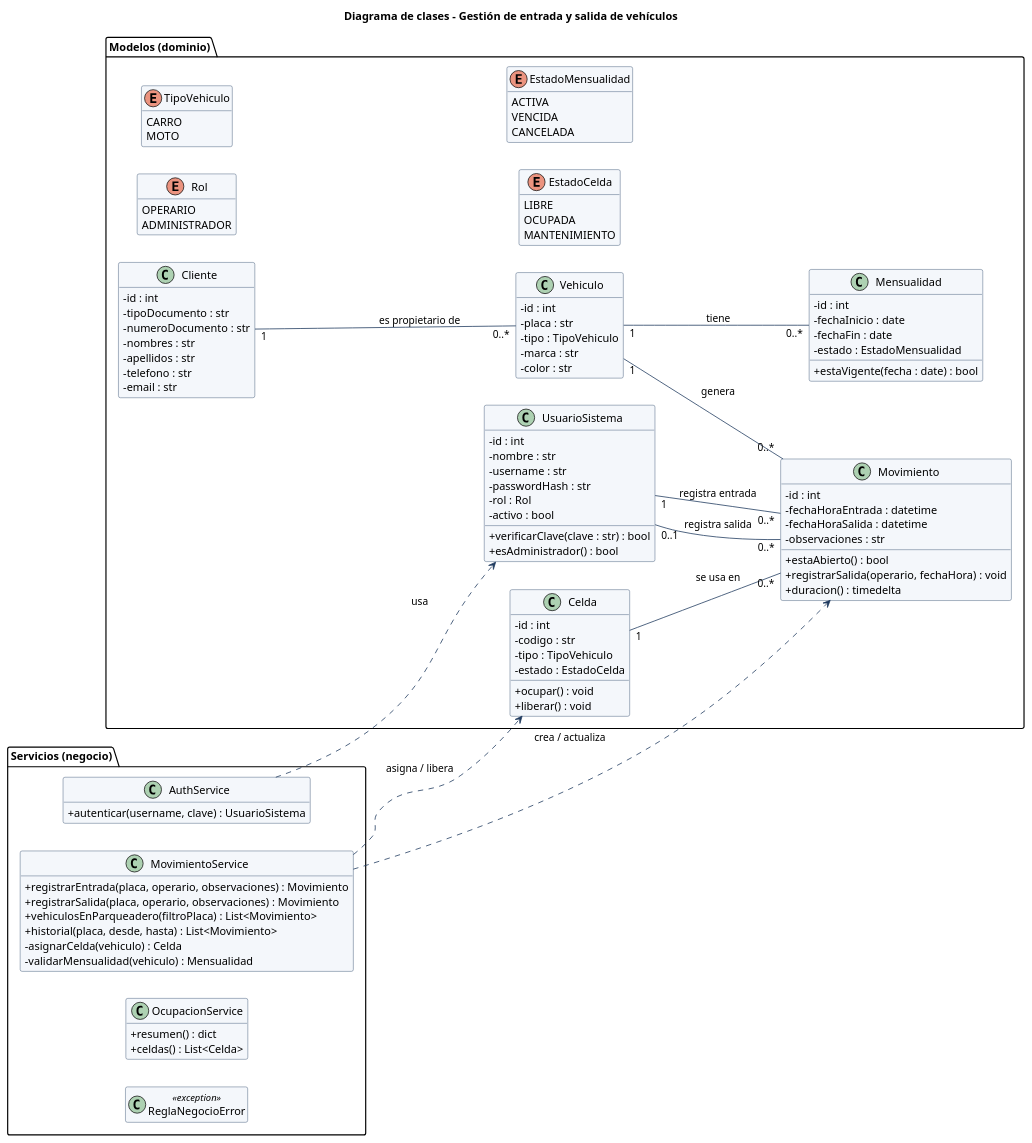
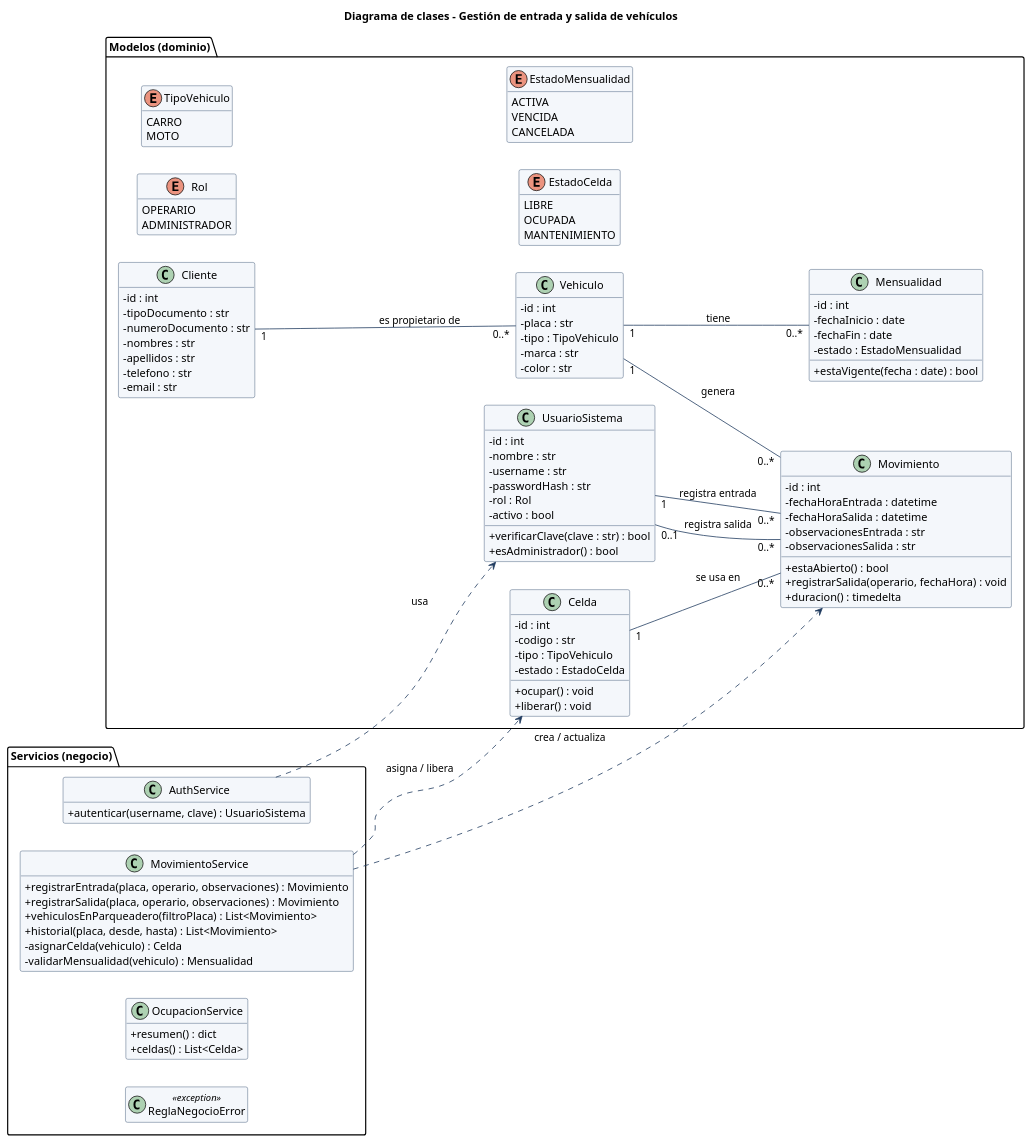
The diagram in diagrams/03_clases.puml (Im-Luis-SS/autos-colombia), drawn with PlantUML before and after one commit. The commit also changed 18 other files, not shown here.

```diff
--- a/diagrams/03_clases.puml
+++ b/diagrams/03_clases.puml
@@ -1,121 +1,122 @@
 @startuml 03_clases
 skinparam shadowing false
 skinparam defaultFontName Arial
 skinparam classAttributeIconSize 0
 skinparam ArrowColor #1F3A5F
 skinparam class {
   BackgroundColor #F4F7FB
   BorderColor #1F3A5F
 }
 title Diagrama de clases - Gestión de entrada y salida de vehículos
 hide empty members
 left to right direction
 
 package "Modelos (dominio)" {
   enum Rol {
     OPERARIO
     ADMINISTRADOR
   }
   enum TipoVehiculo {
     CARRO
     MOTO
   }
   enum EstadoCelda {
     LIBRE
     OCUPADA
     MANTENIMIENTO
   }
   enum EstadoMensualidad {
     ACTIVA
     VENCIDA
     CANCELADA
   }
 
   class UsuarioSistema {
     - id : int
     - nombre : str
     - username : str
     - passwordHash : str
     - rol : Rol
     - activo : bool
     + verificarClave(clave : str) : bool
     + esAdministrador() : bool
   }
 
   class Cliente {
     - id : int
     - tipoDocumento : str
     - numeroDocumento : str
     - nombres : str
     - apellidos : str
     - telefono : str
     - email : str
   }
 
   class Vehiculo {
     - id : int
     - placa : str
     - tipo : TipoVehiculo
     - marca : str
     - color : str
   }
 
   class Mensualidad {
     - id : int
     - fechaInicio : date
     - fechaFin : date
     - estado : EstadoMensualidad
     + estaVigente(fecha : date) : bool
   }
 
   class Celda {
     - id : int
     - codigo : str
     - tipo : TipoVehiculo
     - estado : EstadoCelda
     + ocupar() : void
     + liberar() : void
   }
 
   class Movimiento {
     - id : int
     - fechaHoraEntrada : datetime
     - fechaHoraSalida : datetime
-    - observaciones : str
+    - observacionesEntrada : str
+    - observacionesSalida : str
     + estaAbierto() : bool
     + registrarSalida(operario, fechaHora) : void
     + duracion() : timedelta
   }
 }
 
 package "Servicios (negocio)" {
   class AuthService {
     + autenticar(username, clave) : UsuarioSistema
   }
   class MovimientoService {
     + registrarEntrada(placa, operario, observaciones) : Movimiento
     + registrarSalida(placa, operario, observaciones) : Movimiento
     + vehiculosEnParqueadero(filtroPlaca) : List<Movimiento>
     + historial(placa, desde, hasta) : List<Movimiento>
     - asignarCelda(vehiculo) : Celda
     - validarMensualidad(vehiculo) : Mensualidad
   }
   class OcupacionService {
     + resumen() : dict
     + celdas() : List<Celda>
   }
   class ReglaNegocioError <<exception>>
 }
 
 
 Cliente "1" -- "0..*" Vehiculo : es propietario de
 Vehiculo "1" -- "0..*" Mensualidad : tiene
 Vehiculo "1" -- "0..*" Movimiento : genera
 Celda "1" -- "0..*" Movimiento : se usa en
 UsuarioSistema "1" -- "0..*" Movimiento : registra entrada
 UsuarioSistema "0..1" -- "0..*" Movimiento : registra salida
 
 AuthService ..> UsuarioSistema : usa
 MovimientoService ..> Movimiento : crea / actualiza
 MovimientoService ..> Celda : asigna / libera
 @enduml
```
